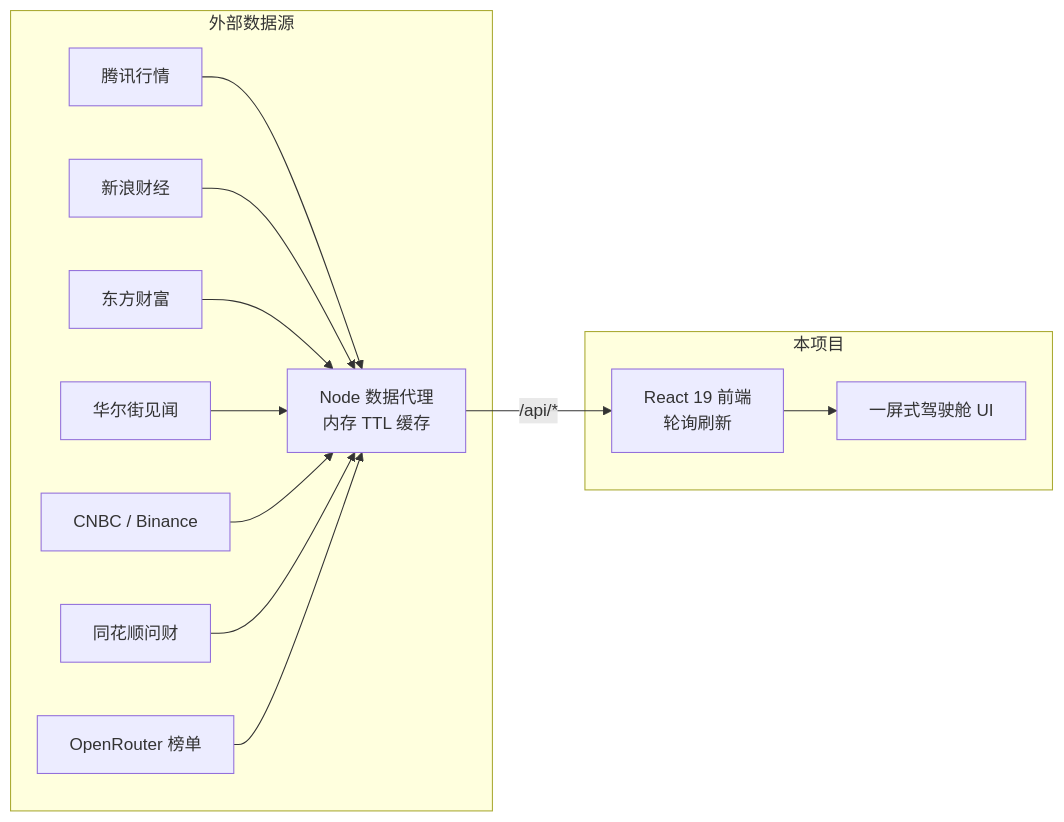
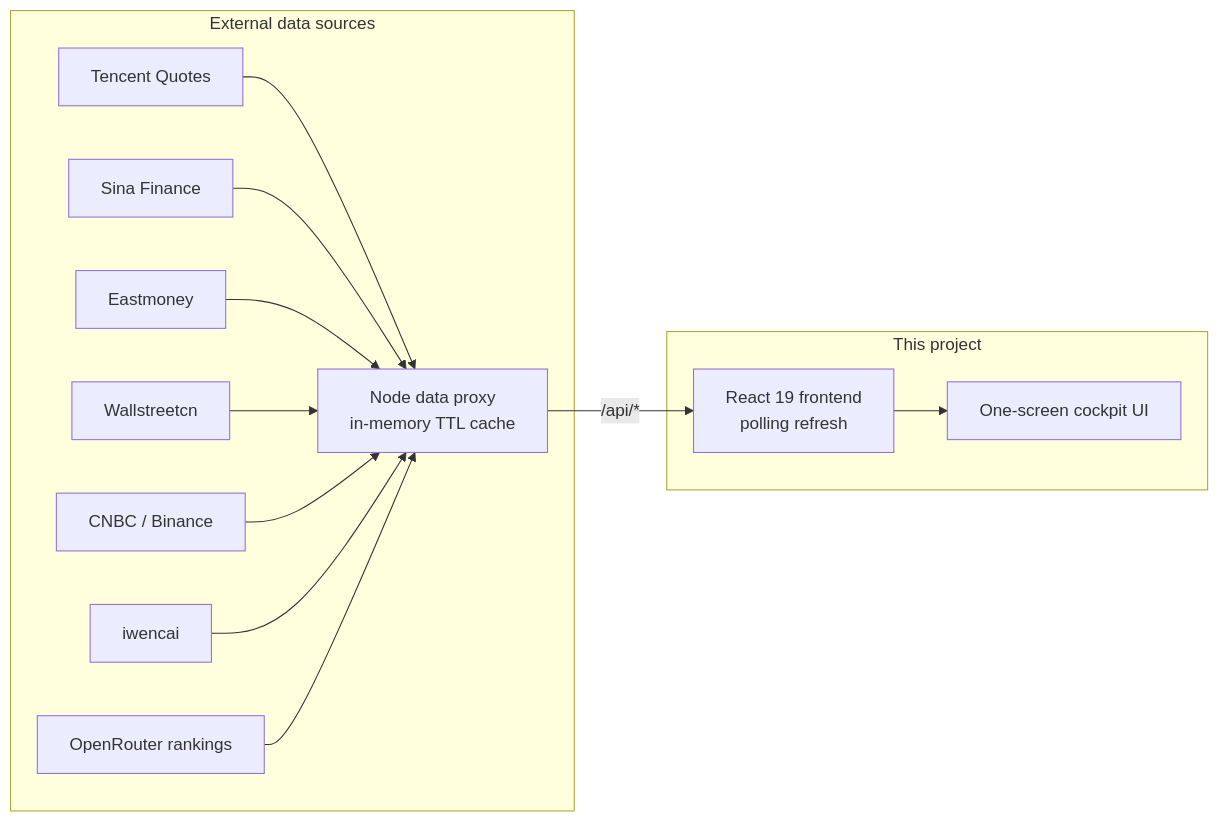
The diagram in README.md (bluefish96666-lab/marketingdashboard), drawn with Mermaid before and after one commit. The commit also changed other lines of this file and 2 other files, not shown here.

````diff
--- a/README.md
+++ b/README.md
@@ -41,16 +41,16 @@
 ```mermaid
 flowchart LR
-    subgraph 外部数据源
-        A[腾讯行情] --> D
-        B[新浪财经] --> D
-        C1[东方财富] --> D
-        C2[华尔街见闻] --> D
+    subgraph External data sources
+        A[Tencent Quotes] --> D
+        B[Sina Finance] --> D
+        C1[Eastmoney] --> D
+        C2[Wallstreetcn] --> D
         C3[CNBC / Binance] --> D
-        C4[同花顺问财] --> D
-        C5[OpenRouter 榜单] --> D
+        C4[iwencai] --> D
+        C5[OpenRouter rankings] --> D
     end
-    subgraph 本项目
-        D["Node 数据代理<br/>内存 TTL 缓存"] -->|"/api/*"| E["React 19 前端<br/>轮询刷新"]
-        E --> F[一屏式驾驶舱 UI]
+    subgraph This project
+        D["Node data proxy<br/>in-memory TTL cache"] -->|"/api/*"| E["React 19 frontend<br/>polling refresh"]
+        E --> F[One-screen cockpit UI]
     end
 ```
````
